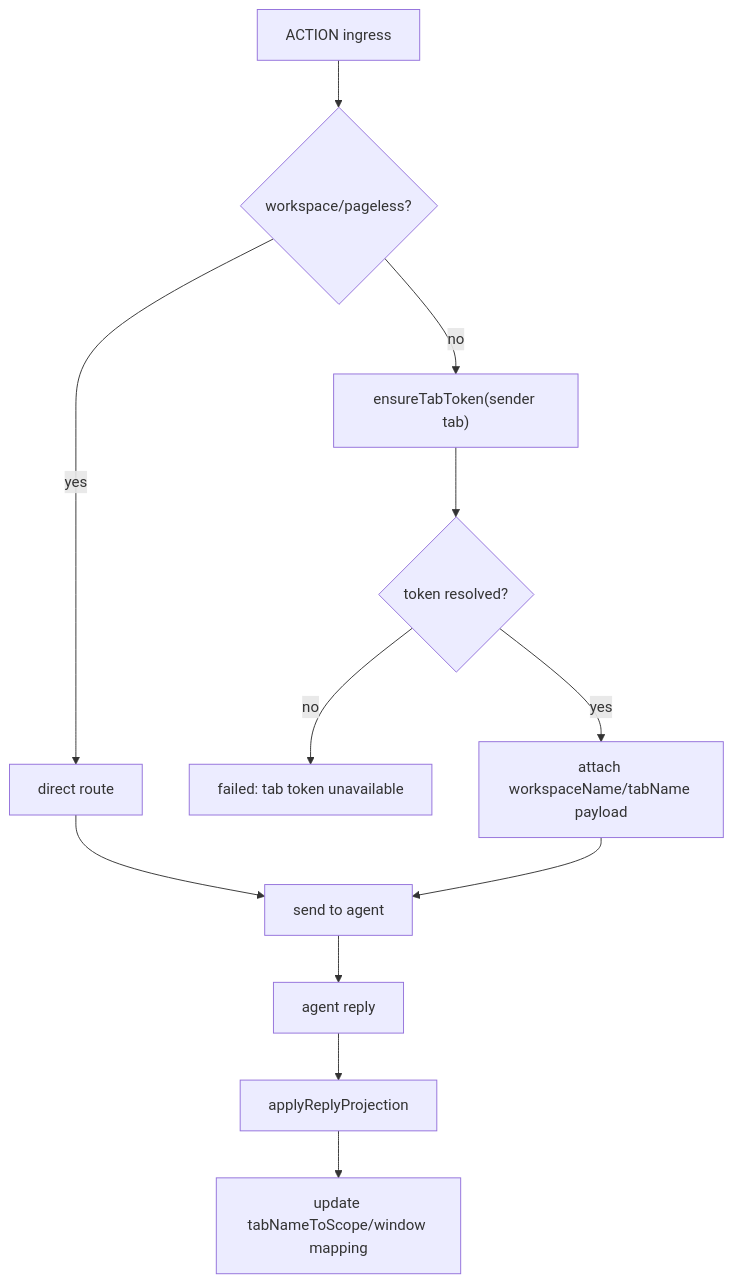
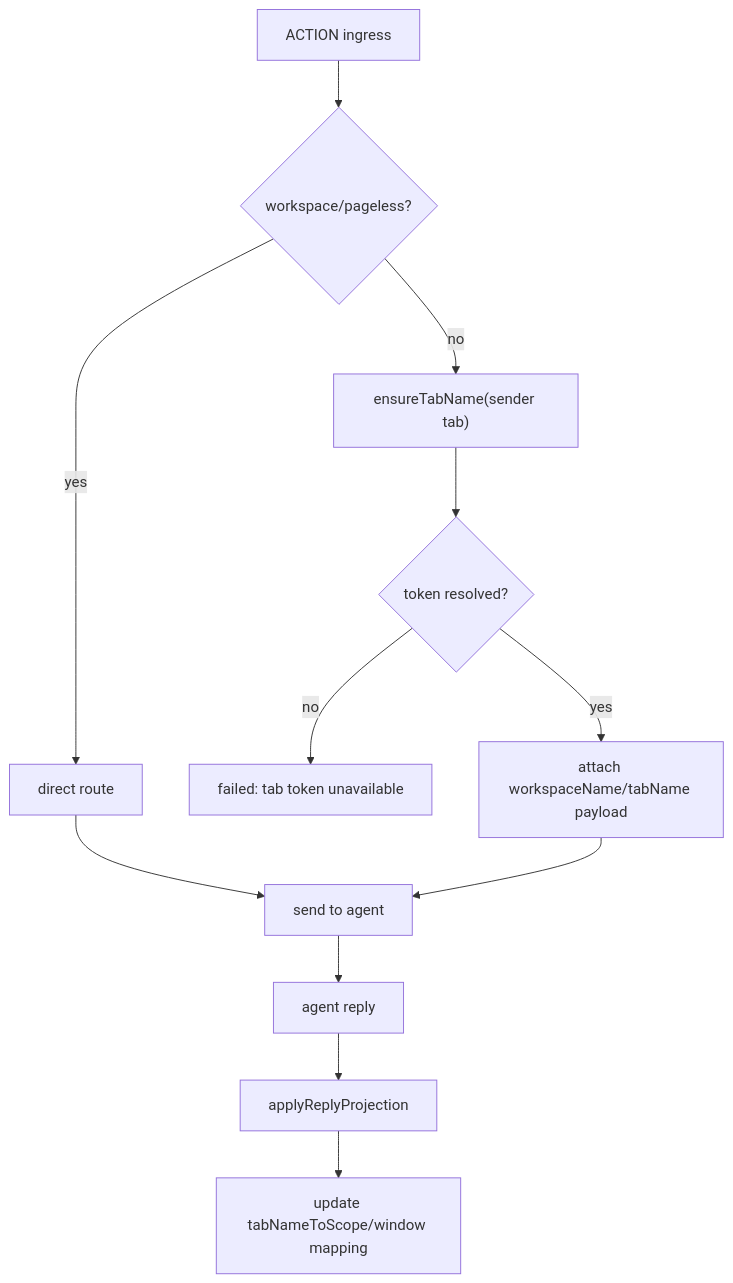
One commit to Aromatic05/rpa-browser changed the third of 3 diagrams in docs/Runtime/WorkspaceAndTab.md. Above: the diagram before and after it, drawn with Mermaid. The commit also changed other lines of this file and 22 other files, not shown here.

````diff
--- a/docs/Runtime/WorkspaceAndTab.md
+++ b/docs/Runtime/WorkspaceAndTab.md
@@ -119,14 +119,14 @@
 ```mermaid
 flowchart TD
   A["ACTION ingress"] --> B{"workspace/pageless?"}
   B -- yes --> C["direct route"]
-  B -- no --> D["ensureTabToken(sender tab)"]
+  B -- no --> D["ensureTabName(sender tab)"]
   D --> E{"token resolved?"}
   E -- no --> F["failed: tab token unavailable"]
   E -- yes --> G["attach workspaceName/tabName payload"]
   C --> H["send to agent"]
   G --> H
   H --> I["agent reply"]
   I --> J["applyReplyProjection"]
   J --> K["update tabNameToScope/window mapping"]
 ```
````
